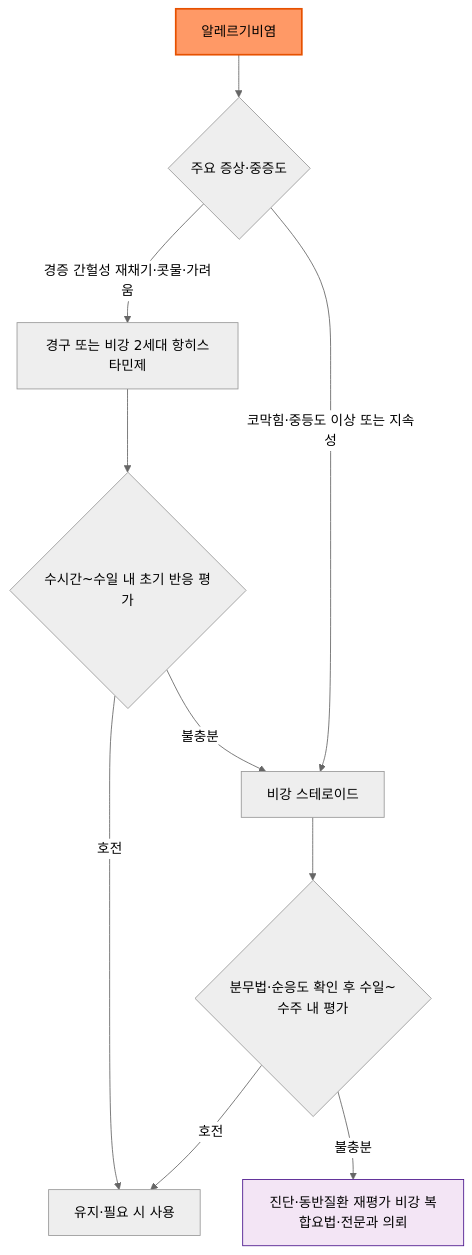
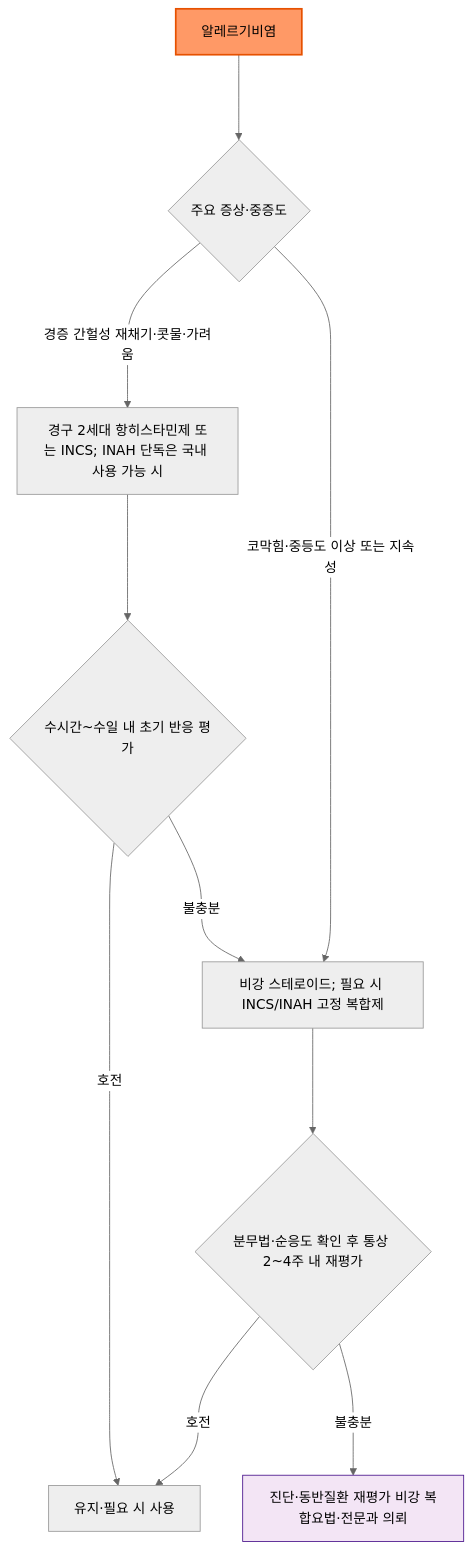
Before and after one commit to familyoh77/familyoh77: the first of 2 diagrams in 231_/212_-antihistamines.md, drawn with Mermaid (neutral theme). The commit also changed other lines of this file and 12 other files, not shown here.

````diff
--- a/231_/212_-antihistamines.md
+++ b/231_/212_-antihistamines.md
@@ -52,14 +41,14 @@
 ```mermaid
 graph TD
-    A["알레르기비염"] --> B{"주요 증상·중증도"}
-    B -->|경증 간헐성 재채기·콧물·가려움| C["경구 또는 비강 2세대 항히스타민제"]
-    B -->|코막힘·중등도 이상 또는 지속성| D["비강 스테로이드"]
-    C --> E{"수시간~수일 내 초기 반응 평가"}
-    D --> F{"분무법·순응도 확인 후 수일~수주 내 평가"}
-    E -->|호전| G["유지·필요 시 사용"]
-    E -->|불충분| D
-    F -->|호전| G
-    F -->|불충분| H["진단·동반질환 재평가 비강 복합요법·전문과 의뢰"]
+    A["알레르기비염"] ---> B{"주요 증상·중증도"}
+    B --->|경증 간헐성 재채기·콧물·가려움| C["경구 2세대 항히스타민제 또는 INCS; INAH 단독은 국내 사용 가능 시"]
+    B --->|코막힘·중등도 이상 또는 지속성| D["비강 스테로이드; 필요 시 INCS/INAH 고정 복합제"]
+    C ---> E{"수시간~수일 내 초기 반응 평가"}
+    D ---> F{"분무법·순응도 확인 후 통상 2~4주 내 재평가"}
+    E --->|호전| G["유지·필요 시 사용"]
+    E --->|불충분| D
+    F --->|호전| G
+    F --->|불충분| H["진단·동반질환 재평가 비강 복합요법·전문과 의뢰"]
     style A fill:#f96,stroke:#e65100,stroke-width:2px
     style H fill:#f3e5f5,stroke:#4a148c
 ```
````
